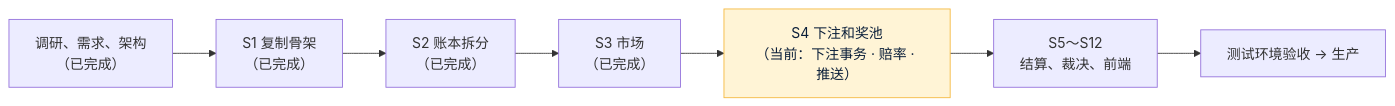
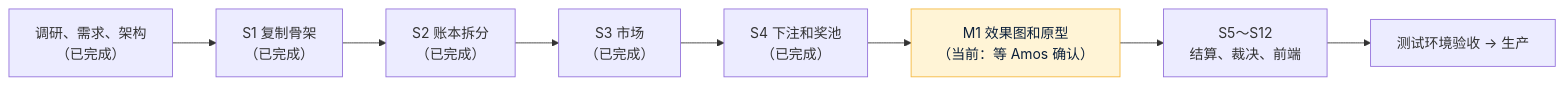
One commit to dollar3651314/forecast changed the diagram in 项目地图.md. Above: the diagram before and after it, drawn with Mermaid. The commit also changed other lines of this file and 118 other files, not shown here.

First line of the commit message:
M1 效果图和原型：方向 A 清爽数据，客户端 / 后台 / 官网原型，25 张效果图

````diff
--- a/项目地图.md
+++ b/项目地图.md
@@ -11,5 +11,5 @@
 ```mermaid
 flowchart LR
-    R["调研、需求、架构<br/>（已完成）"] --> S1["S1 复制骨架<br/>（已完成）"] --> S2["S2 账本拆分<br/>（已完成）"] --> S3["S3 市场<br/>（已完成）"] --> S4["S4 下注和奖池<br/>（当前：下注事务 · 赔率 · 推送）"]:::now --> S5["S5～S12<br/>结算、裁决、前端"] --> T["测试环境验收 → 生产"]
+    R["调研、需求、架构<br/>（已完成）"] --> S1["S1 复制骨架<br/>（已完成）"] --> S2["S2 账本拆分<br/>（已完成）"] --> S3["S3 市场<br/>（已完成）"] --> S4["S4 下注和奖池<br/>（已完成）"] --> M1["M1 效果图和原型<br/>（当前：等 Amos 确认）"]:::now --> S5["S5～S12<br/>结算、裁决、前端"] --> T["测试环境验收 → 生产"]
     classDef now fill:#FFF4D6,stroke:#F5B83D,color:#0B1F3A
 ```
````
